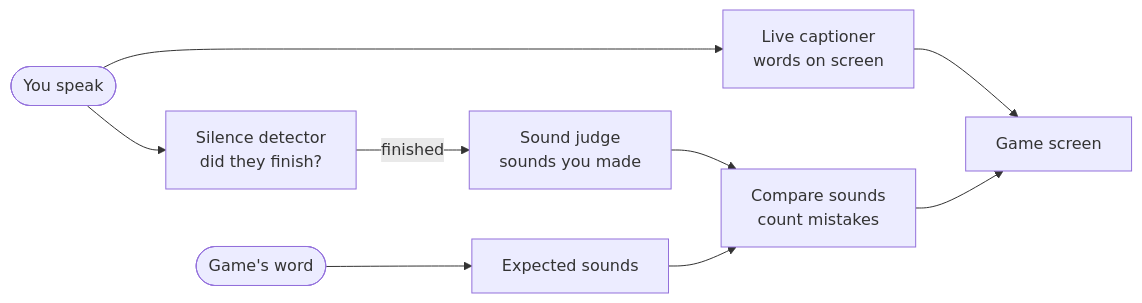
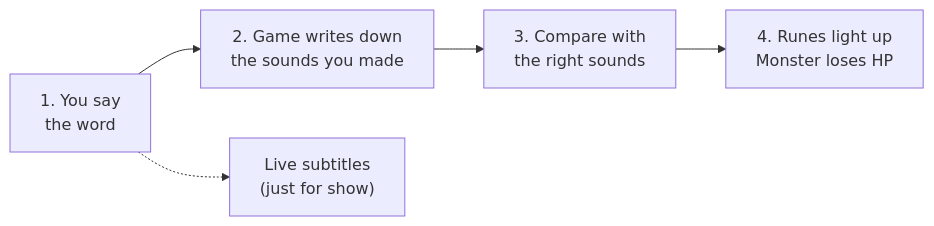
Before and after one commit to ddrlve/SpellSpeak: the first of 2 diagrams in README.md, drawn with Mermaid. The commit also changed other lines of this file, not shown here.

Commit message:
docs: simplify README diagrams

````diff
--- a/README.md
+++ b/README.md
@@ -56,11 +56,7 @@
 ```mermaid
 flowchart LR
-  You(["You speak"]) --> Cap["Live captioner<br/>words on screen"]
-  You --> Sil["Silence detector<br/>did they finish?"]
-  Sil -- "finished" --> Judge["Sound judge<br/>sounds you made"]
-  Word(["Game's word"]) --> Exp["Expected sounds"]
-  Judge --> Cmp["Compare sounds<br/>count mistakes"]
-  Exp --> Cmp
-  Cap --> Screen["Game screen"]
-  Cmp --> Screen
+  A["1. You say<br/>the word"] --> B["2. Game writes down<br/>the sounds you made"]
+  B --> C["3. Compare with<br/>the right sounds"]
+  C --> D["4. Runes light up<br/>Monster loses HP"]
+  A -.-> L["Live subtitles<br/>(just for show)"]
 ```
````
